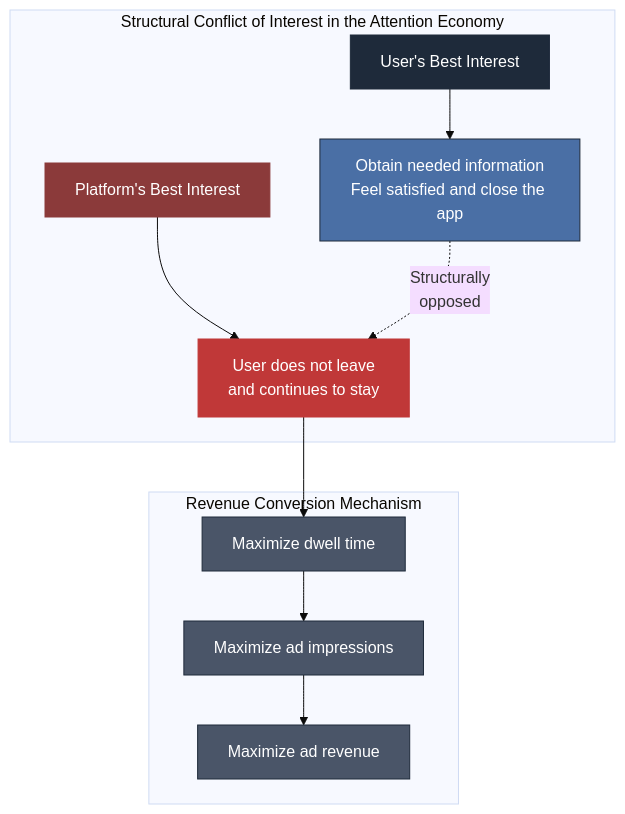
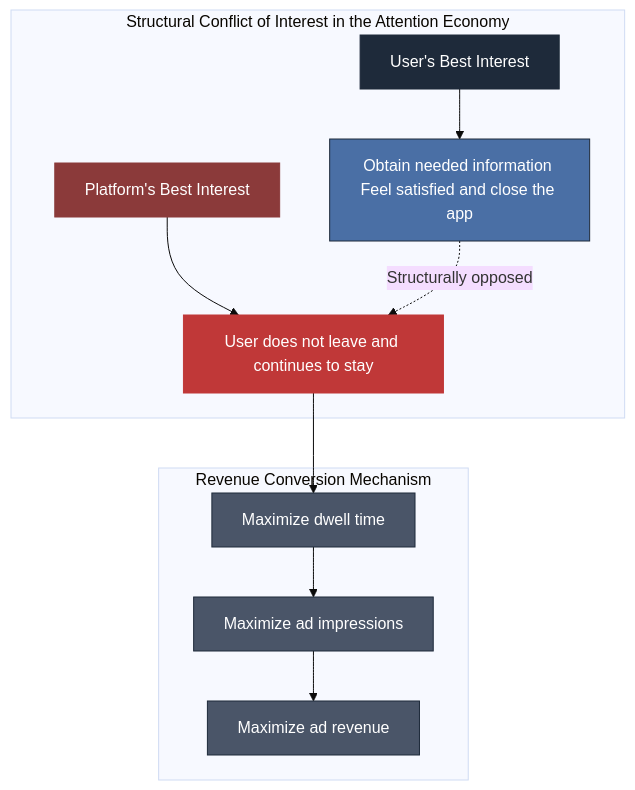
One commit to Leading-AI-IO/the-attention-economy-is-over changed the first of 5 diagrams in docs/en/the-attention-economy-is-over_EN.md. Above: the diagram before and after it, drawn with Mermaid (base theme). The commit also changed other lines of this file, not shown here.

````diff
--- a/docs/en/the-attention-economy-is-over_EN.md
+++ b/docs/en/the-attention-economy-is-over_EN.md
@@ -342,31 +342,31 @@
 ```mermaid
 graph TB
     subgraph "Structural Conflict of Interest in the Attention Economy"
         A[User's Best Interest]
-        B[Obtain needed information\nFeel satisfied and close the app]
+        B[Obtain needed information Feel satisfied and close the app]
         A --> B
 
         C[Platform's Best Interest]
-        D[User does not leave\nand continues to stay]
+        D[User does not leave and continues to stay]
         C --> D
 
-        B -."Structurally\nopposed".-> D
+        B -."Structurally opposed".-> D
     end
 
     subgraph "Revenue Conversion Mechanism"
         E[Maximize dwell time]
         F[Maximize ad impressions]
         G[Maximize ad revenue]
         E --> F --> G
     end
 
     D --> E
 
     style A fill:#1e2a3a,stroke:#1e2a3a,color:#fff
     style B fill:#4a6fa5,stroke:#1e2a3a,color:#fff
     style C fill:#8b3a3a,stroke:#8b3a3a,color:#fff
     style D fill:#c03838,stroke:#c03838,color:#fff
     style E fill:#4a5568,stroke:#1e2a3a,color:#fff
     style F fill:#4a5568,stroke:#1e2a3a,color:#fff
     style G fill:#4a5568,stroke:#1e2a3a,color:#fff
 ```
````
